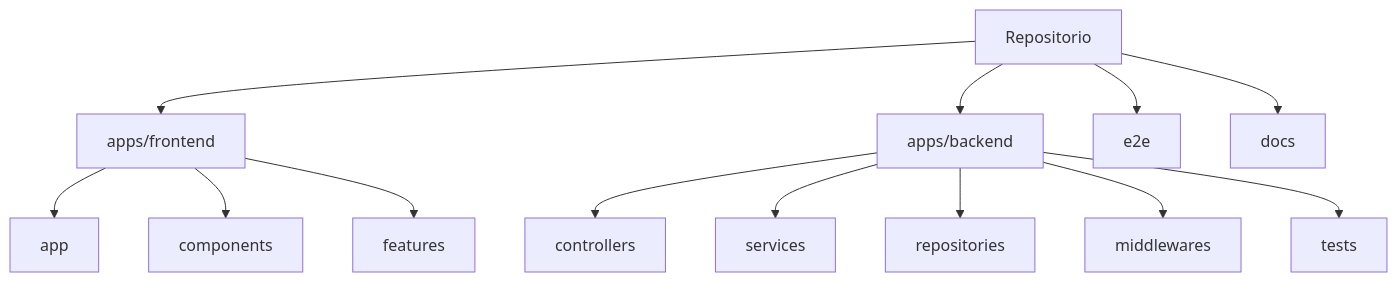
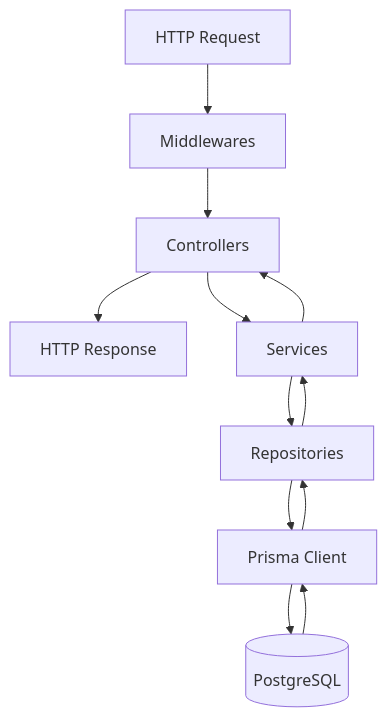
The second of 5 diagrams in README.md (4r7hur9/Mini-CRM-Leads), drawn with Mermaid before and after one commit. The commit also changed other lines of this file and 5 other files, not shown here.

````diff
--- a/README.md
+++ b/README.md
@@ -238,16 +287,13 @@
 ```mermaid
-graph TD
-  R[Repositorio]
-  R --> FE[apps/frontend]
-  R --> BE[apps/backend]
-  R --> E2E[e2e]
-  R --> DOCS[docs]
-  FE --> FEA[app]
-  FE --> FEC[components]
-  FE --> FEF[features]
-  BE --> BEC[controllers]
-  BE --> BES[services]
-  BE --> BER[repositories]
-  BE --> BEM[middlewares]
-  BE --> BET[tests]
+flowchart TD
+  Request[HTTP Request]
+  Response[HTTP Response]
+
+  Request --> MW[Middlewares]
+  MW --> CT[Controllers]
+  CT --> SV[Services]
+  SV --> RP[Repositories]
+  RP --> PR[Prisma Client]
+  PR --> PG[(PostgreSQL)]
+  PG --> PR --> RP --> SV --> CT --> Response
 ```
````
